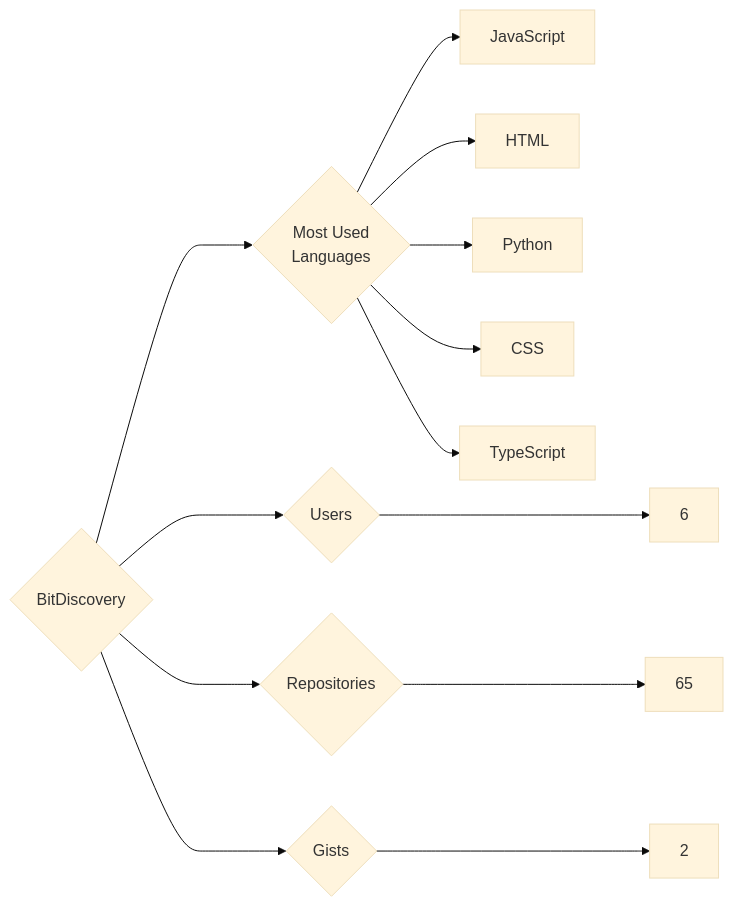
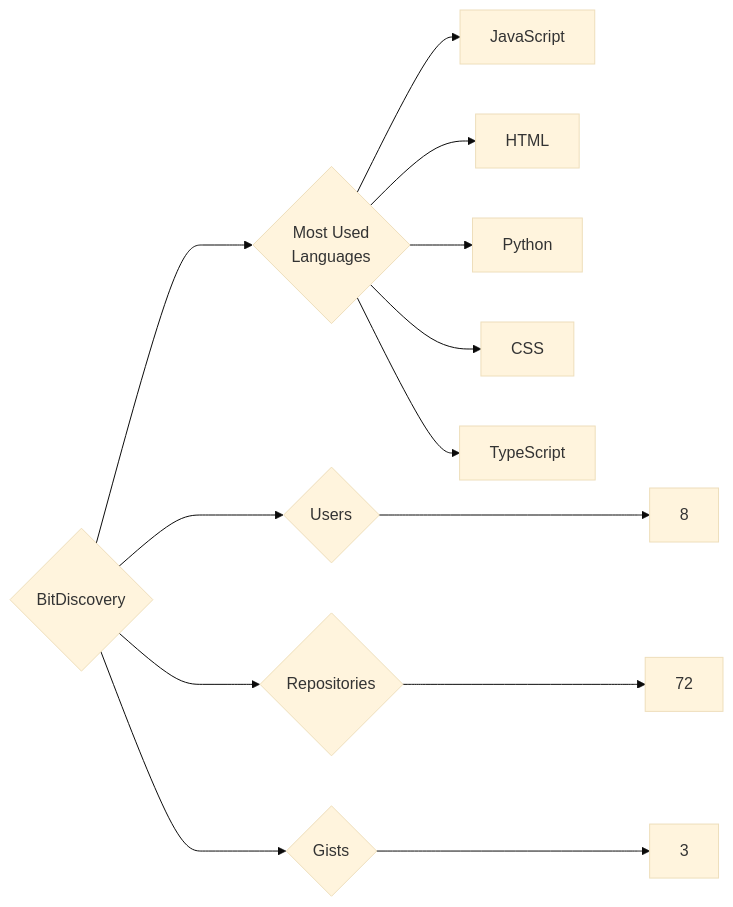
Before and after one commit to trickest/insiders: the diagram in targets/BitDiscovery/README.md, drawn with Mermaid (base theme). The commit also changed 1023 other files, not shown here.

````diff
--- a/targets/BitDiscovery/README.md
+++ b/targets/BitDiscovery/README.md
@@ -3,13 +3,13 @@
 ```mermaid
 graph LR
 COMPANY_NAME{BitDiscovery}
-COMPANY_NAME ---> U{Users} ---> UN[6]
-COMPANY_NAME ---> R{Repositories} ---> RN[65]
-COMPANY_NAME ---> G{Gists} ---> GN[2]
+COMPANY_NAME ---> U{Users} ---> UN[8]
+COMPANY_NAME ---> R{Repositories} ---> RN[72]
+COMPANY_NAME ---> G{Gists} ---> GN[3]
 COMPANY_NAME ---> ML{Most Used<br>Languages}
 ML --> JavaScript[JavaScript]
 ML --> HTML[HTML]
 ML --> Python[Python]
 ML --> CSS[CSS]
 ML --> TypeScript[TypeScript]
 ```
````
